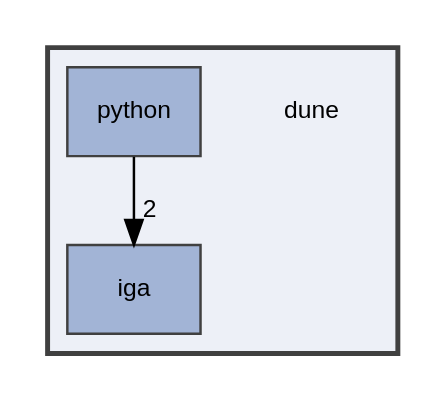
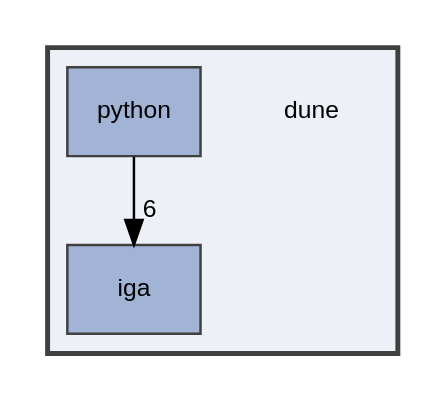
One commit to rath3t/dune-iga-doc changed the diagram in dir_5e69be5995c9f5d42bf491ae6f29600e_dep.dot. Above: the diagram before and after it, drawn with Graphviz. The commit also changed 1110 other files, not shown here.

```diff
--- a/dir_5e69be5995c9f5d42bf491ae6f29600e_dep.dot
+++ b/dir_5e69be5995c9f5d42bf491ae6f29600e_dep.dot
@@ -1,14 +1,14 @@
 digraph "dune"
 {
  // LATEX_PDF_SIZE
   edge [fontname="Helvetica",fontsize="10",labelfontname="Helvetica",labelfontsize="10"];
   node [fontname="Helvetica",fontsize="10",shape=record];
   compound=true
   subgraph clusterdir_5e69be5995c9f5d42bf491ae6f29600e {
     graph [ bgcolor="#edf0f7", pencolor="grey25", style="filled,bold,", label="", fontname="Helvetica", fontsize="10", URL="dir_5e69be5995c9f5d42bf491ae6f29600e.html"]
     dir_5e69be5995c9f5d42bf491ae6f29600e [shape=plaintext, label="dune"];
   dir_d2a3c23294a1b1015b1b8e8721ddded8 [shape=box, label="iga", style="filled,", fillcolor="#a2b4d6", color="grey25", URL="dir_d2a3c23294a1b1015b1b8e8721ddded8.html"];
   dir_e42d0074801678c644b0e137d50ef233 [shape=box, label="python", style="filled,", fillcolor="#a2b4d6", color="grey25", URL="dir_e42d0074801678c644b0e137d50ef233.html"];
   }
-  dir_e42d0074801678c644b0e137d50ef233->dir_d2a3c23294a1b1015b1b8e8721ddded8 [headlabel="2", labeldistance=1.5 headhref="dir_000009_000006.html"];
+  dir_e42d0074801678c644b0e137d50ef233->dir_d2a3c23294a1b1015b1b8e8721ddded8 [headlabel="6", labeldistance=1.5 headhref="dir_000008_000005.html"];
 }
```
